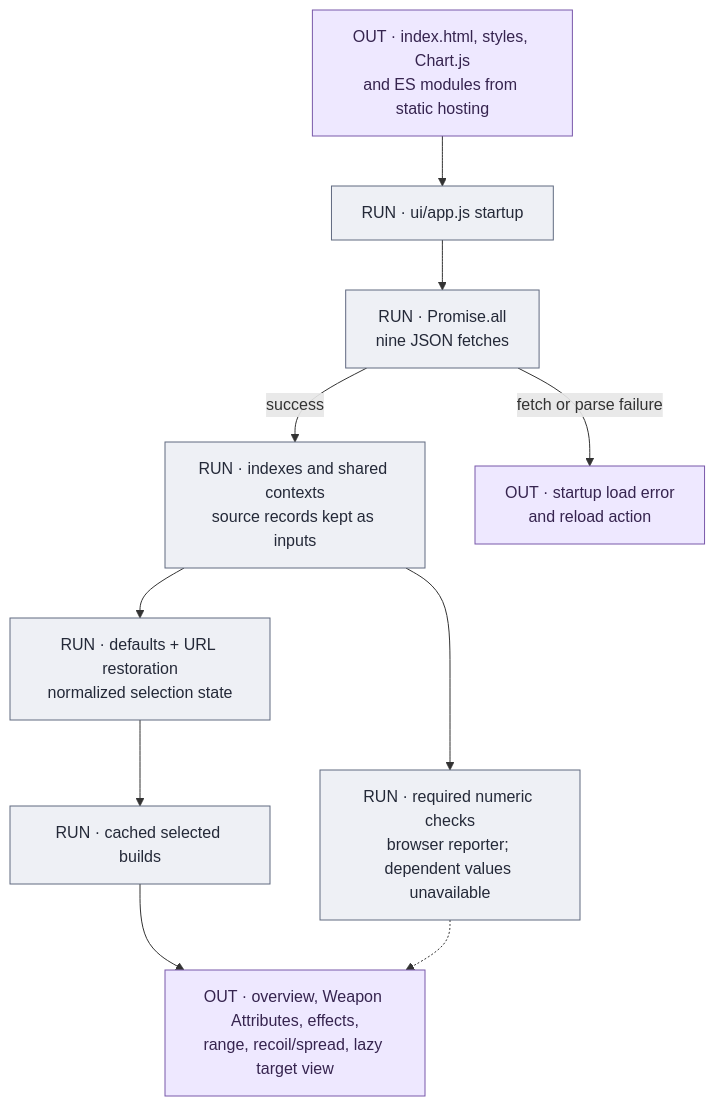
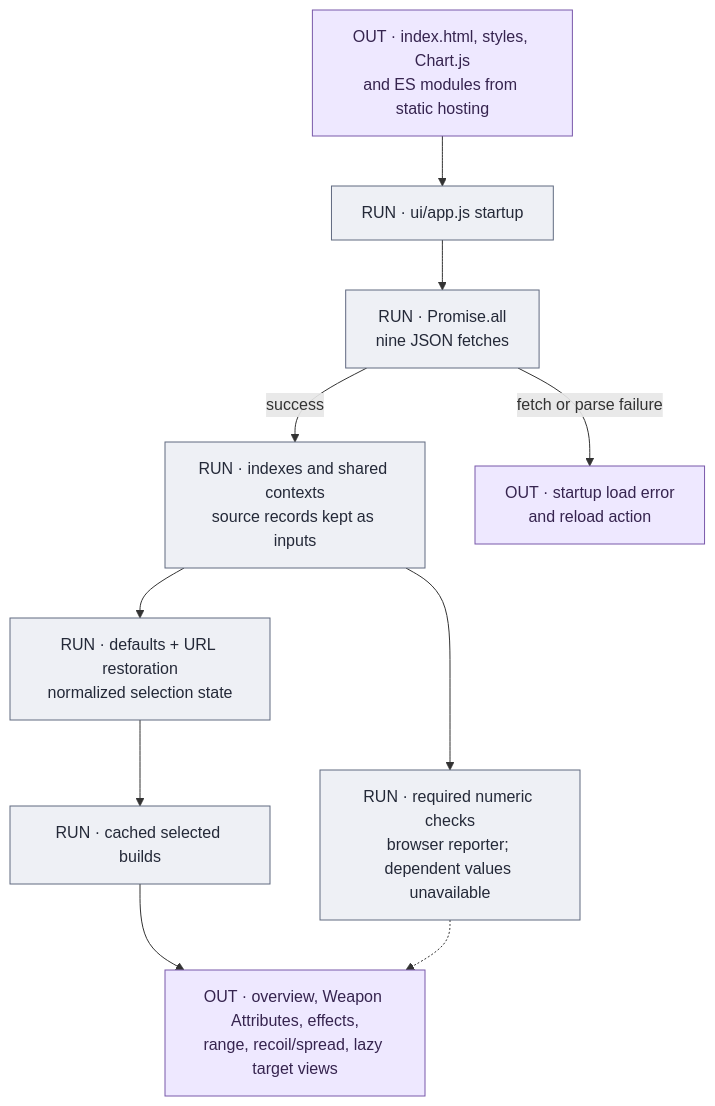
One commit to raymdl/BF6-Weapon-Analyzer changed the first of 3 diagrams in docs/data-flow/UI_PUBLISHING.md. Above: the diagram before and after it, drawn with Mermaid. The commit also changed other lines of this file and 7 other files, not shown here.

First line of the commit message:
Data-flow atlas re-checked against af612b3: 2.1.1.0 source chain, Season 5 counts, current UI

````diff
--- a/docs/data-flow/UI_PUBLISHING.md
+++ b/docs/data-flow/UI_PUBLISHING.md
@@ -9,23 +9,23 @@
 ```mermaid
 flowchart TB
     P["OUT · index.html, styles, Chart.js<br/>and ES modules from static hosting"]:::out
     A["RUN · ui/app.js startup"]:::run
     F["RUN · Promise.all<br/>nine JSON fetches"]:::run
     C["RUN · indexes and shared contexts<br/>source records kept as inputs"]:::run
     S["RUN · defaults + URL restoration<br/>normalized selection state"]:::run
     B["RUN · cached selected builds"]:::run
-    V["OUT · overview, Weapon Attributes, effects,<br/>range, recoil/spread, lazy target view"]:::out
+    V["OUT · overview, Weapon Attributes, effects,<br/>range, recoil/spread, lazy target views"]:::out
     E["OUT · startup load error<br/>and reload action"]:::out
     N["RUN · required numeric checks<br/>browser reporter; dependent values unavailable"]:::run
     P --> A
     A --> F
     F -->|success| C
     F -->|fetch or parse failure| E
     C --> S
     S --> B
     B --> V
     C --> N
     N -.-> V
     classDef run fill:#eef0f5,stroke:#616a80,color:#242938
     classDef out fill:#eee8ff,stroke:#7958aa,color:#36244f
 ```
````
